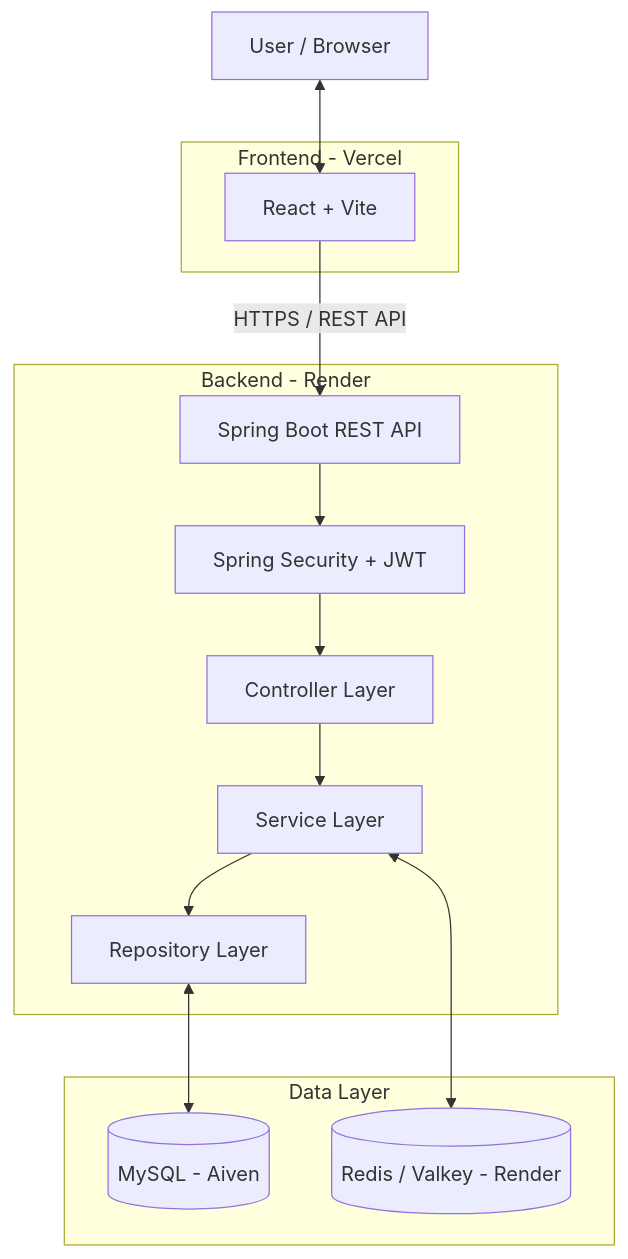
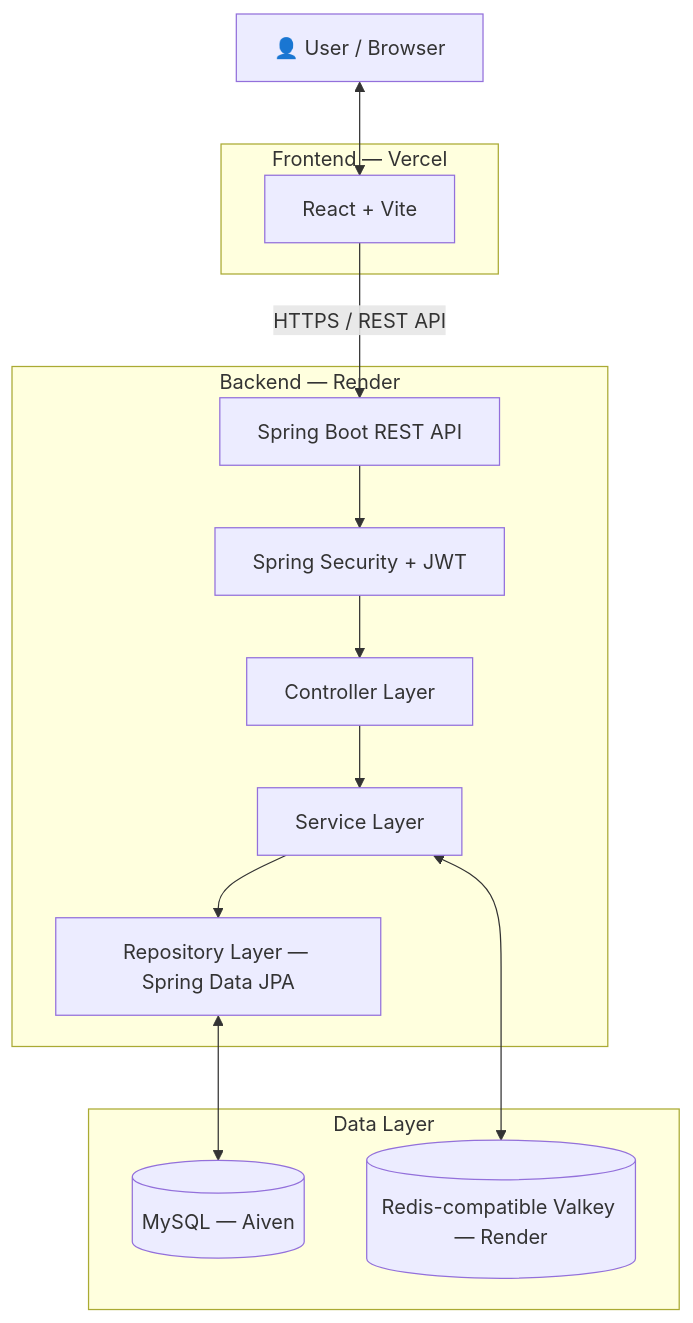
The diagram in README.md (Basavaraj8143/url-shortener), drawn with Mermaid before and after one commit. The commit also changed other lines of this file, not shown here.

````diff
--- a/README.md
+++ b/README.md
@@ -78,30 +93,30 @@
 ```mermaid
 flowchart TB
-    U[User / Browser]
+    U["👤 User / Browser"]
 
-    subgraph FRONTEND["Frontend - Vercel"]
-        FE[React + Vite]
+    subgraph FRONTEND["Frontend — Vercel"]
+        FE["React + Vite"]
     end
 
-    subgraph BACKEND["Backend - Render"]
-        API[Spring Boot REST API]
-        SEC[Spring Security + JWT]
-        C[Controller Layer]
-        S[Service Layer]
-        R[Repository Layer]
+    subgraph BACKEND["Backend — Render"]
+        API["Spring Boot REST API"]
+        SEC["Spring Security + JWT"]
+        C["Controller Layer"]
+        S["Service Layer"]
+        R["Repository Layer — Spring Data JPA"]
     end
 
     subgraph DATA["Data Layer"]
-        DB[(MySQL - Aiven)]
-        CACHE[(Redis / Valkey - Render)]
+        DB[("MySQL — Aiven")]
+        CACHE[("Redis-compatible Valkey — Render")]
     end
 
     U <--> FE
-    FE -->|HTTPS / REST API| API
+    FE -->|"HTTPS / REST API"| API
     API --> SEC
     SEC --> C
     C --> S
     S --> R
     R <--> DB
     S <--> CACHE
 ```
````
